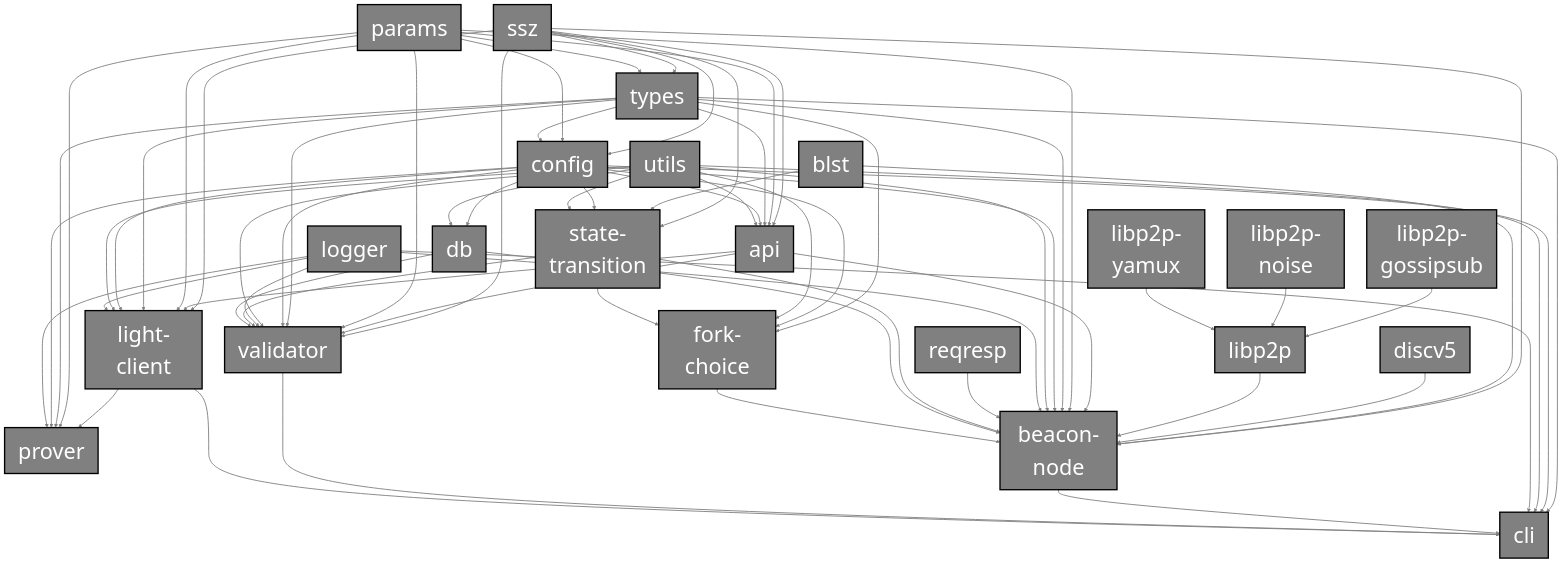
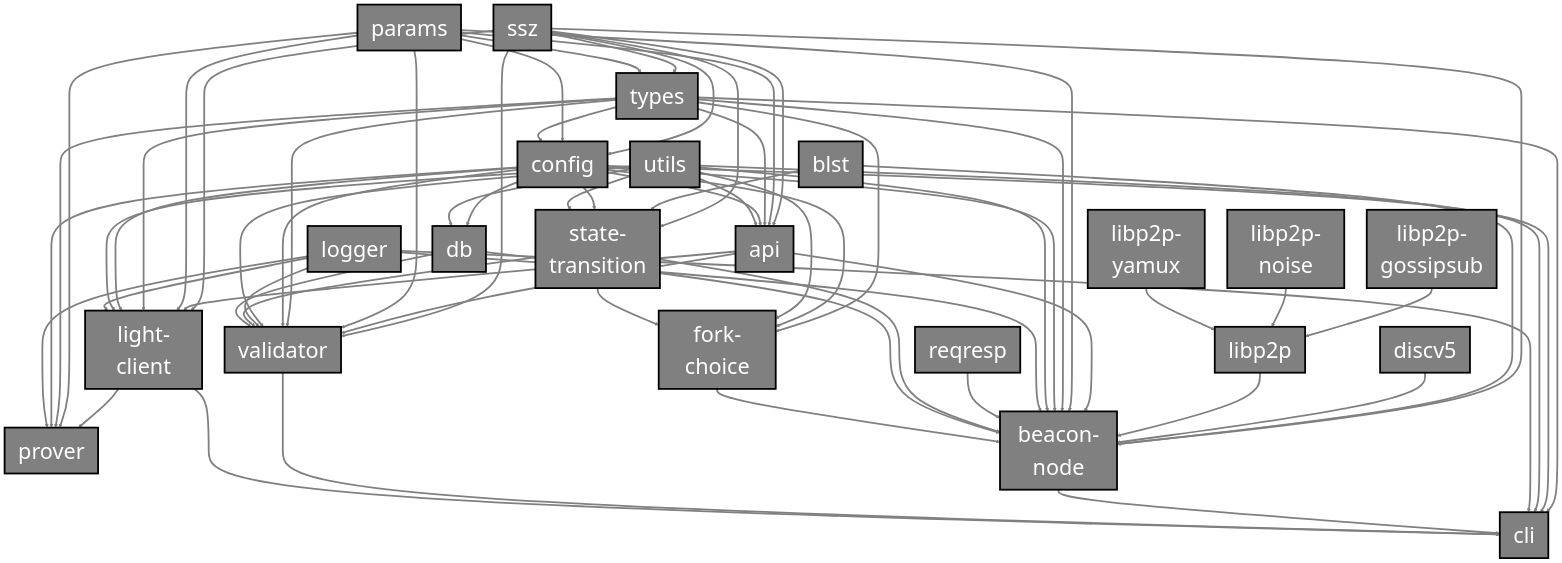
The diagram in docs/pages/contribution/depgraph.md (ChainSafe/lodestar), drawn with Mermaid before and after one commit.

Commit message:
More visible arrows

````diff
--- a/docs/pages/contribution/depgraph.md
+++ b/docs/pages/contribution/depgraph.md
@@ -140,6 +140,6 @@
     click libp2p-noise "https://github.com/ChainSafe/js-libp2p-noise"
     click libp2p-yamux "https://github.com/ChainSafe/js-libp2p-yamux"
 
-    classDef nodemodule fill:grey,stroke-width:3px,font-size:48px,stroke:black,color:white;
-    linkStyle default stroke:grey,fill:none,stroke-width:2px;
+    classDef nodemodule fill:grey,stroke-width:4px,font-size:48px,stroke:black,color:white;
+    linkStyle default stroke:grey,fill:none,stroke-width:4px;
 ```
````
